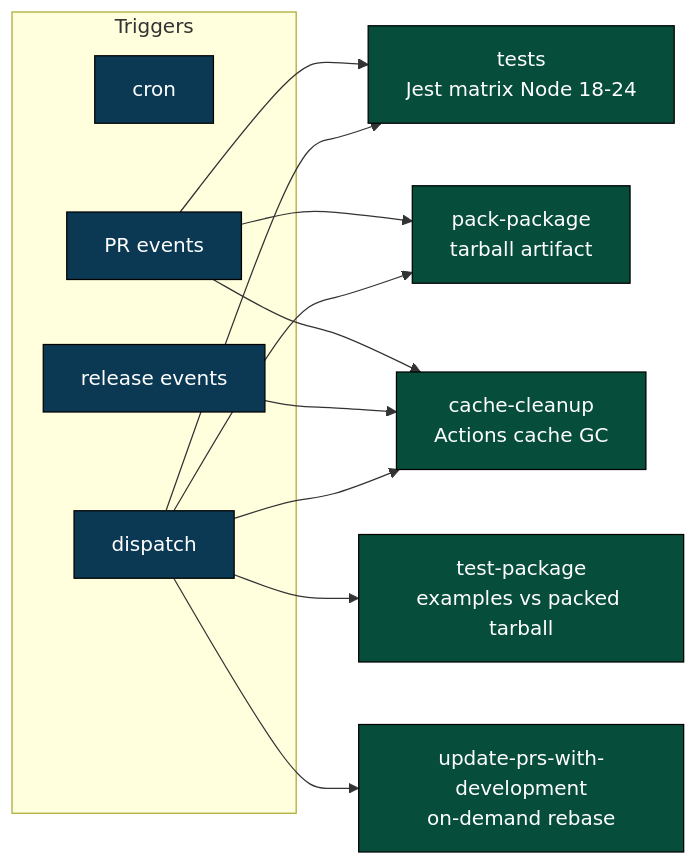
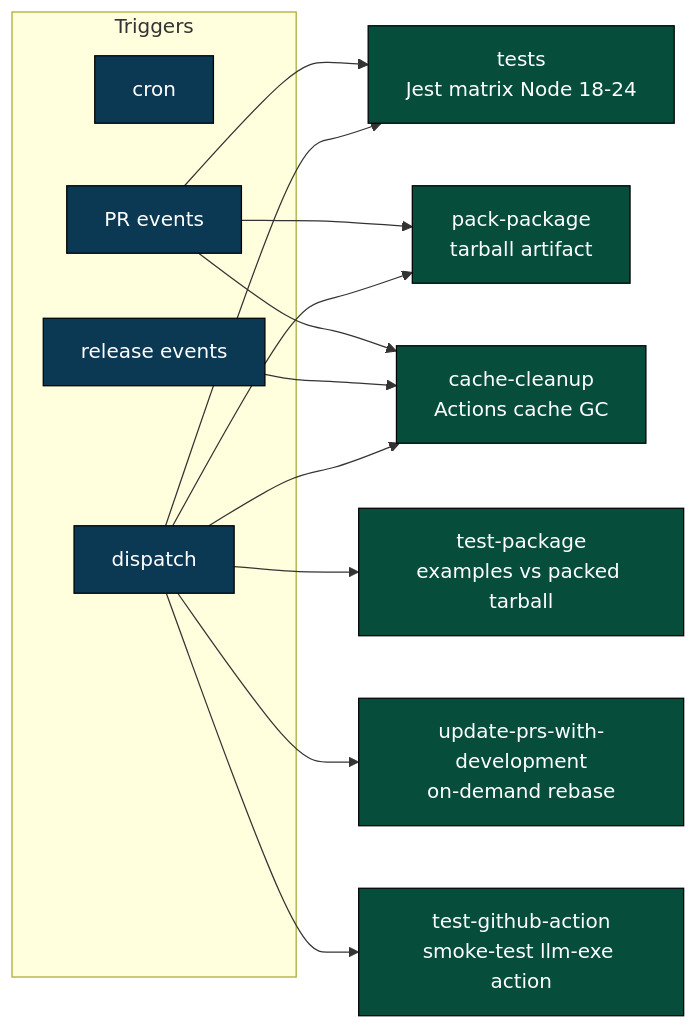
The fourth of 16 diagrams in .github/docs/WORKFLOW_ARCHITECTURE.md (gregreindel/llm-exe), drawn with Mermaid before and after one commit. The commit also changed other lines of this file and 3 other files, not shown here.

First line of the commit message:
docs: sync workflow deep dives after test-github-action.yml addition

````diff
--- a/.github/docs/WORKFLOW_ARCHITECTURE.md
+++ b/.github/docs/WORKFLOW_ARCHITECTURE.md
@@ -141,28 +141,30 @@
 ```mermaid
 flowchart LR
     classDef trig fill:#0b3954,color:#fff,stroke:#000
     classDef job fill:#064e3b,color:#fff,stroke:#000
 
     subgraph T["Triggers"]
         c[cron]:::trig
         p[PR events]:::trig
         r[release events]:::trig
         d[dispatch]:::trig
     end
 
     T1["tests<br/>Jest matrix Node 18-24"]:::job
     T2["test-package<br/>examples vs packed tarball"]:::job
     T3["pack-package<br/>tarball artifact"]:::job
     T4["cache-cleanup<br/>Actions cache GC"]:::job
     T5["update-prs-with-development<br/>on-demand rebase"]:::job
+    T6["test-github-action<br/>smoke-test llm-exe action"]:::job
 
     p --> T1
     p --> T3
     p --> T4
     r --> T4
     d --> T2
     d --> T1
     d --> T3
     d --> T4
     d --> T5
+    d --> T6
 ```
````
